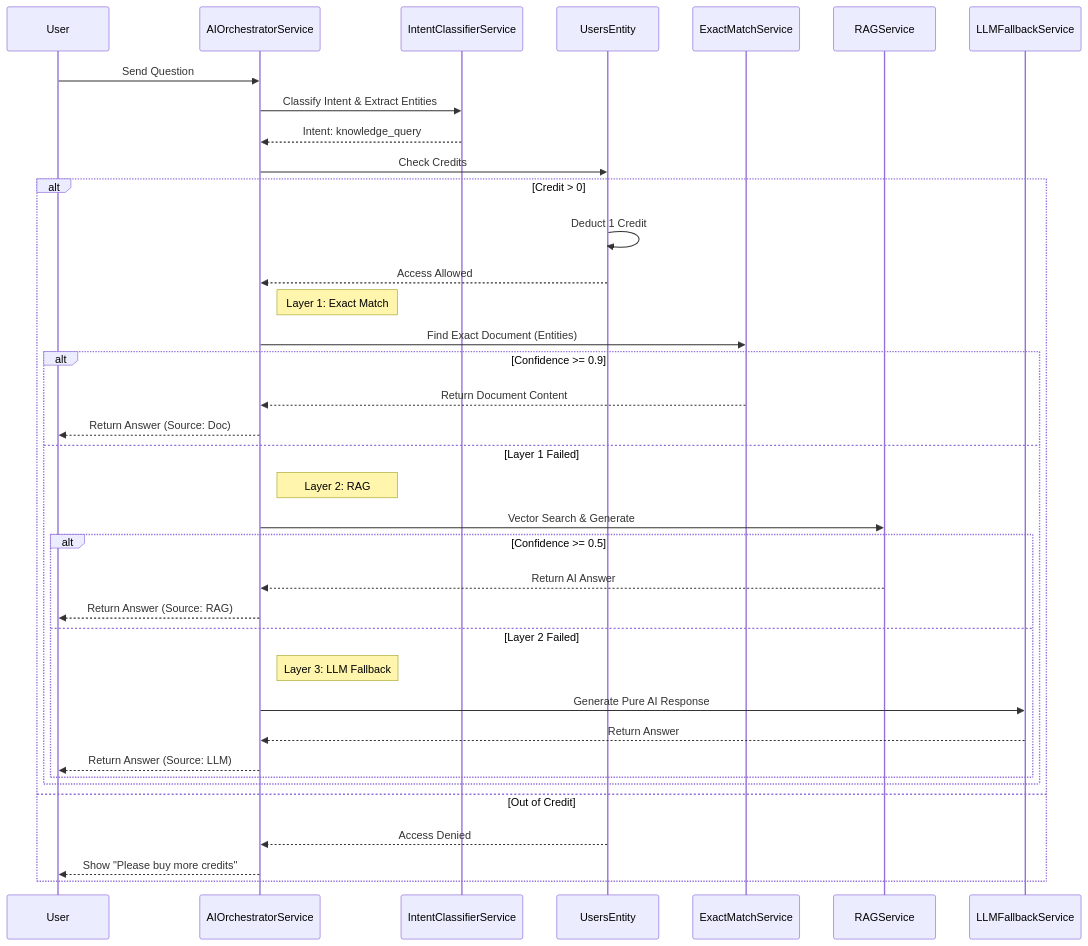
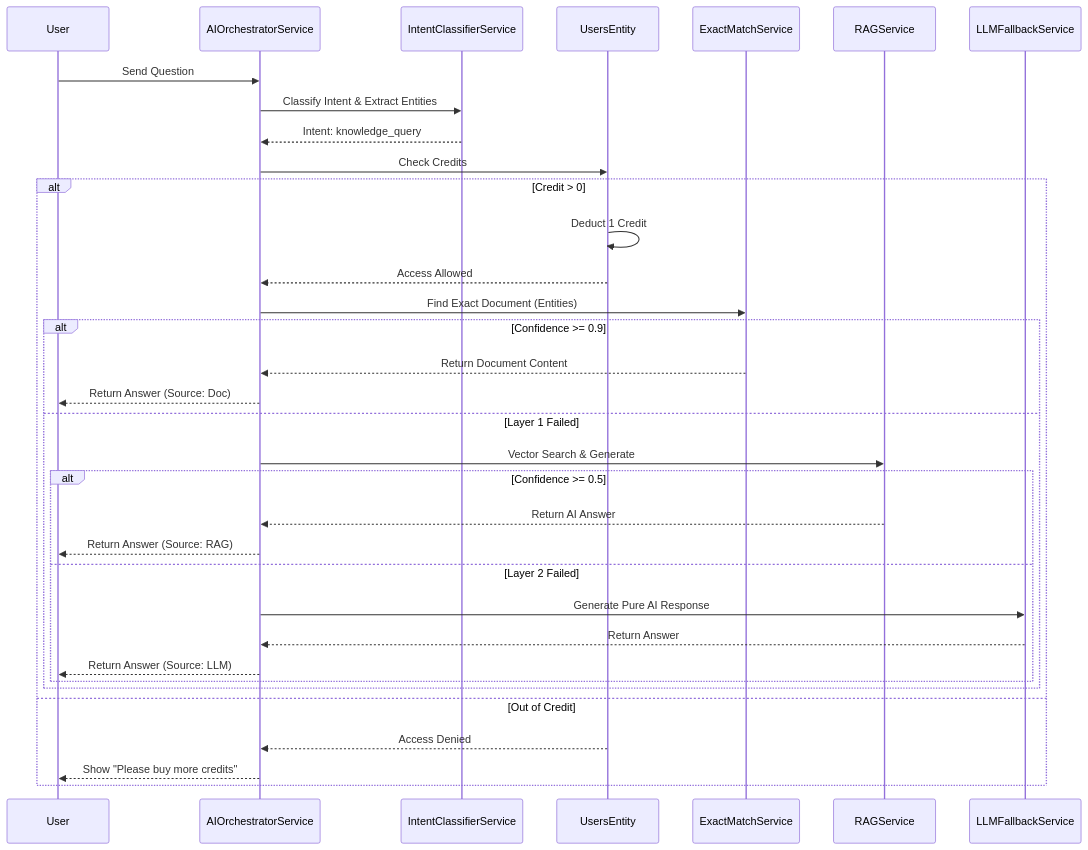
Before and after one commit to duong4444/agribot-dev: the first of 4 diagrams in DOC-TTCS/chatbot_interaction_docs.md, drawn with Mermaid. The commit also changed 10 other files, not shown here.

````diff
--- a/DOC-TTCS/chatbot_interaction_docs.md
+++ b/DOC-TTCS/chatbot_interaction_docs.md
@@ -48,42 +48,39 @@
 ```mermaid
 sequenceDiagram
     participant U as User
     participant BE as AIOrchestratorService
     participant INT as IntentClassifierService
     participant US as UsersEntity
     participant FTS as ExactMatchService
     participant RAG as RAGService
     participant LLM as LLMFallbackService
 
     U->>BE: Send Question
     BE->>INT: Classify Intent & Extract Entities
     INT-->>BE: Intent: knowledge_query
     
     BE->>US: Check Credits
     alt Credit > 0
         US->>US: Deduct 1 Credit
         US-->>BE: Access Allowed
         
-        note right of BE: Layer 1: Exact Match
         BE->>FTS: Find Exact Document (Entities)
         alt Confidence >= 0.9
             FTS-->>BE: Return Document Content
             BE-->>U: Return Answer (Source: Doc)
         else Layer 1 Failed
-            note right of BE: Layer 2: RAG
             BE->>RAG: Vector Search & Generate
             alt Confidence >= 0.5
                 RAG-->>BE: Return AI Answer
                 BE-->>U: Return Answer (Source: RAG)
             else Layer 2 Failed
-                note right of BE: Layer 3: LLM Fallback
                 BE->>LLM: Generate Pure AI Response
                 LLM-->>BE: Return Answer
                 BE-->>U: Return Answer (Source: LLM)
             end
         end
     else Out of Credit
         US-->>BE: Access Denied
         BE-->>U: Show "Please buy more credits"
     end
 ```
````
